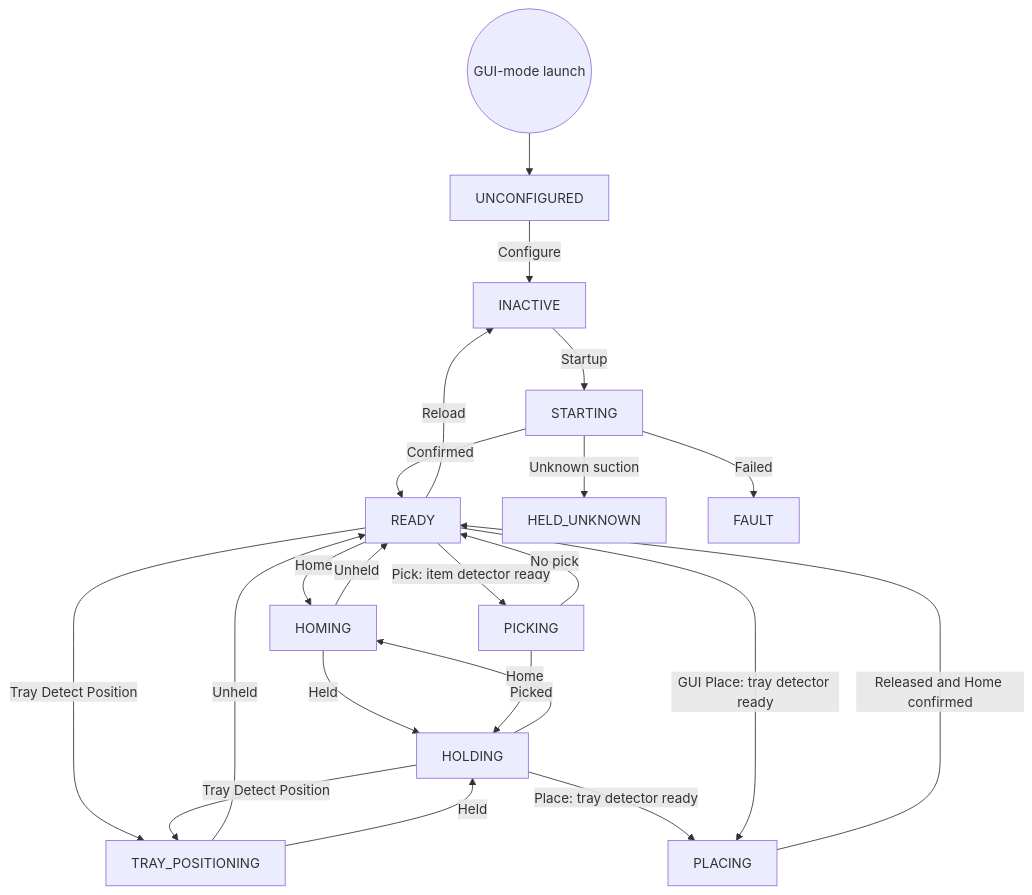
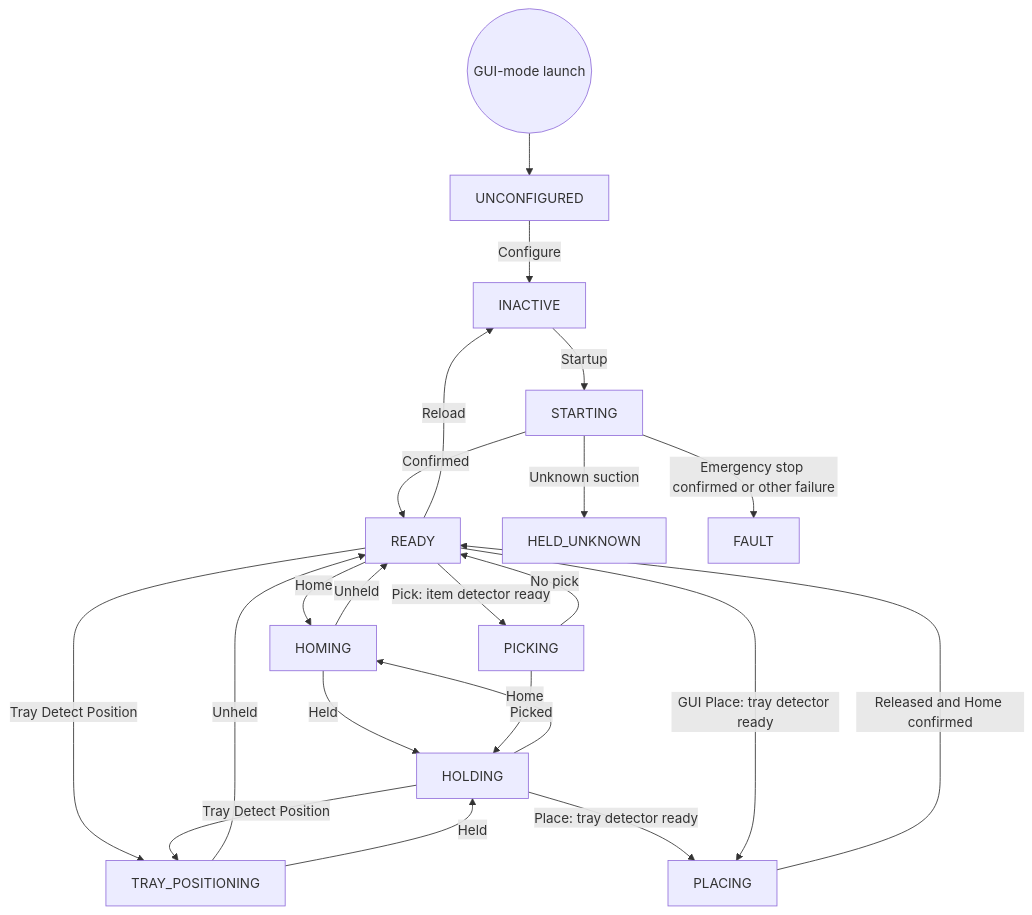
One commit to esgange/dobot_picknplace_yolo changed the first of 7 diagrams in docs/ROBOT_CONTROLLER_FSM.md. Above: the diagram before and after it, drawn with Mermaid. The commit also changed other lines of this file and 12 other files, not shown here.

Commit message:
Report confirmed emergency stops in controller startup and recovery

````diff
--- a/docs/ROBOT_CONTROLLER_FSM.md
+++ b/docs/ROBOT_CONTROLLER_FSM.md
@@ -62,24 +66,24 @@
 ```mermaid
 flowchart TD
     Launch((GUI-mode launch)) --> UNCONFIGURED
     UNCONFIGURED -->|Configure| INACTIVE
     INACTIVE -->|Startup| STARTING
     STARTING -->|Confirmed| READY
     READY -->|Reload| INACTIVE
     READY -->|Home| HOMING
     HOMING -->|Unheld| READY
     HOLDING -->|Home| HOMING
     HOMING -->|Held| HOLDING
     READY -->|Pick: item detector ready| PICKING
     PICKING -->|Picked| HOLDING
     PICKING -->|No pick| READY
     READY -->|Tray Detect Position| TRAY_POSITIONING
     HOLDING -->|Tray Detect Position| TRAY_POSITIONING
     TRAY_POSITIONING -->|Unheld| READY
     TRAY_POSITIONING -->|Held| HOLDING
     HOLDING -->|Place: tray detector ready| PLACING
     READY -->|GUI Place: tray detector ready| PLACING
     PLACING -->|Released and Home confirmed| READY
     STARTING -->|Unknown suction| HELD_UNKNOWN
-    STARTING -->|Failed| FAULT
+    STARTING -->|Emergency stop confirmed or other failure| FAULT
 ```
````
